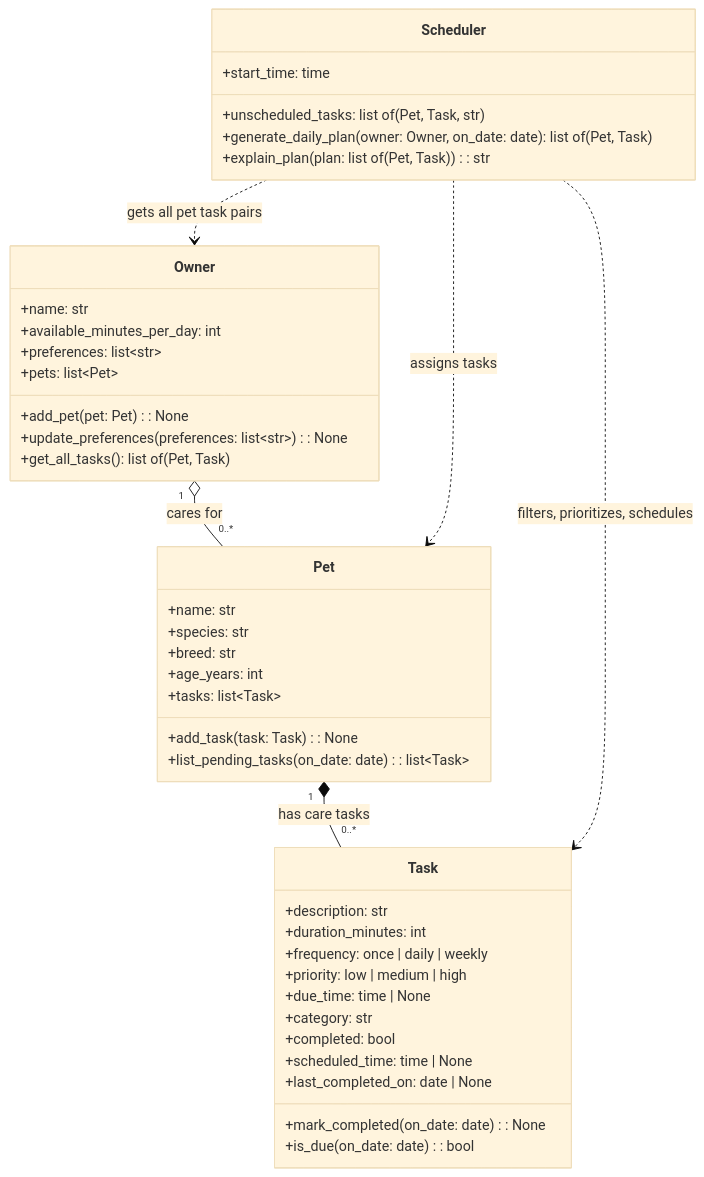
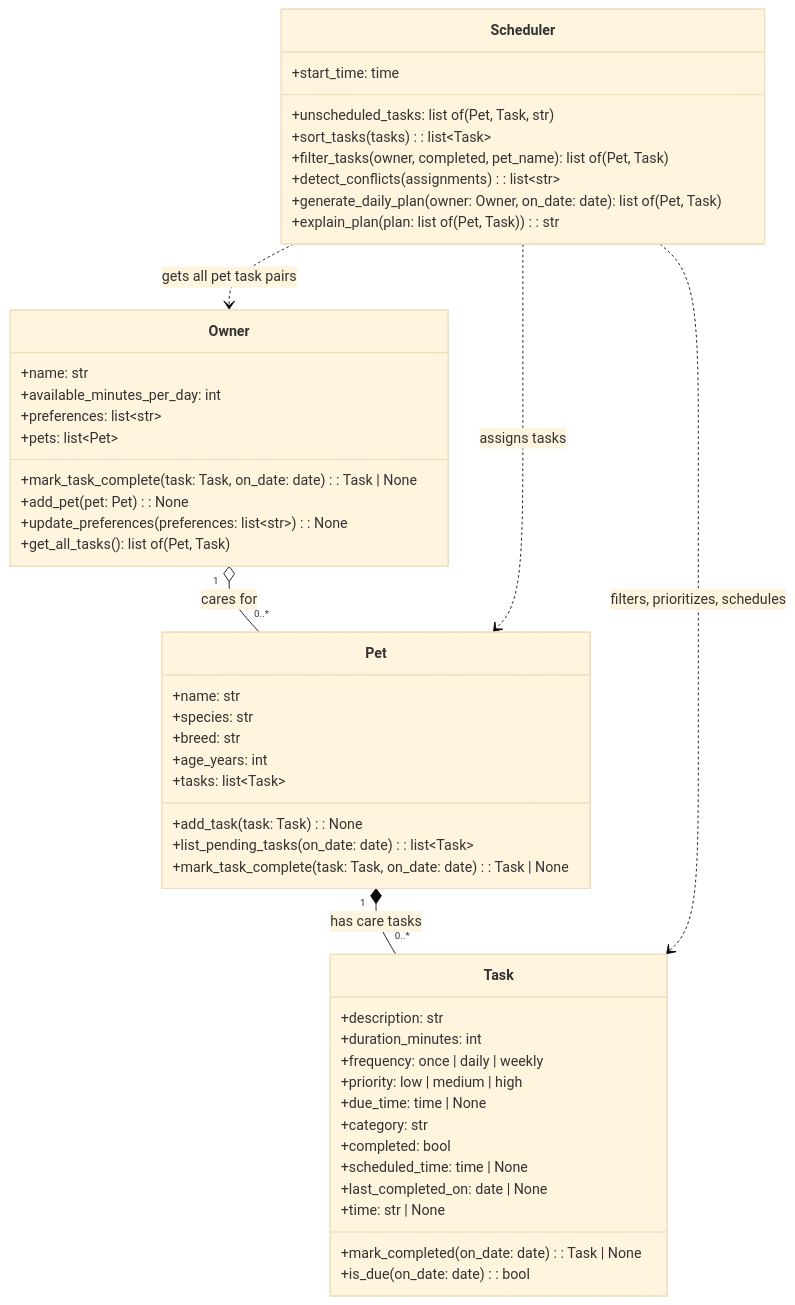
The diagram in diagrams/uml.mmd (jdavilag1/ai110-module2show-pawpal-starter), drawn with Mermaid (base theme) before and after one commit. The commit also changed 7 other files, not shown here.

```diff
--- a/diagrams/uml.mmd
+++ b/diagrams/uml.mmd
@@ -1,47 +1,53 @@
 classDiagram
     class Owner {
         +name: str
         +available_minutes_per_day: int
         +preferences: list~str~
         +pets: list~Pet~
+        +mark_task_complete(task: Task, on_date: date): Task | None
         +add_pet(pet: Pet): None
         +update_preferences(preferences: list~str~): None
         +get_all_tasks(): list of (Pet, Task)
     }
 
     class Pet {
         +name: str
         +species: str
         +breed: str
         +age_years: int
         +tasks: list~Task~
         +add_task(task: Task): None
         +list_pending_tasks(on_date: date): list~Task~
+        +mark_task_complete(task: Task, on_date: date): Task | None
     }
 
     class Task {
         +description: str
         +duration_minutes: int
         +frequency: once | daily | weekly
         +priority: low | medium | high
         +due_time: time | None
         +category: str
         +completed: bool
         +scheduled_time: time | None
         +last_completed_on: date | None
-        +mark_completed(on_date: date): None
+        +time: str | None
+        +mark_completed(on_date: date): Task | None
         +is_due(on_date: date): bool
     }
 
     class Scheduler {
         +start_time: time
         +unscheduled_tasks: list of (Pet, Task, str)
+        +sort_tasks(tasks): list~Task~
+        +filter_tasks(owner, completed, pet_name): list of (Pet, Task)
+        +detect_conflicts(assignments): list~str~
         +generate_daily_plan(owner: Owner, on_date: date): list of (Pet, Task)
         +explain_plan(plan: list of (Pet, Task)): str
     }
 
     Owner "1" o-- "0..*" Pet : cares for
     Pet "1" *-- "0..*" Task : has care tasks
     Scheduler ..> Owner : gets all pet task pairs
     Scheduler ..> Pet : assigns tasks
     Scheduler ..> Task : filters, prioritizes, schedules
```
